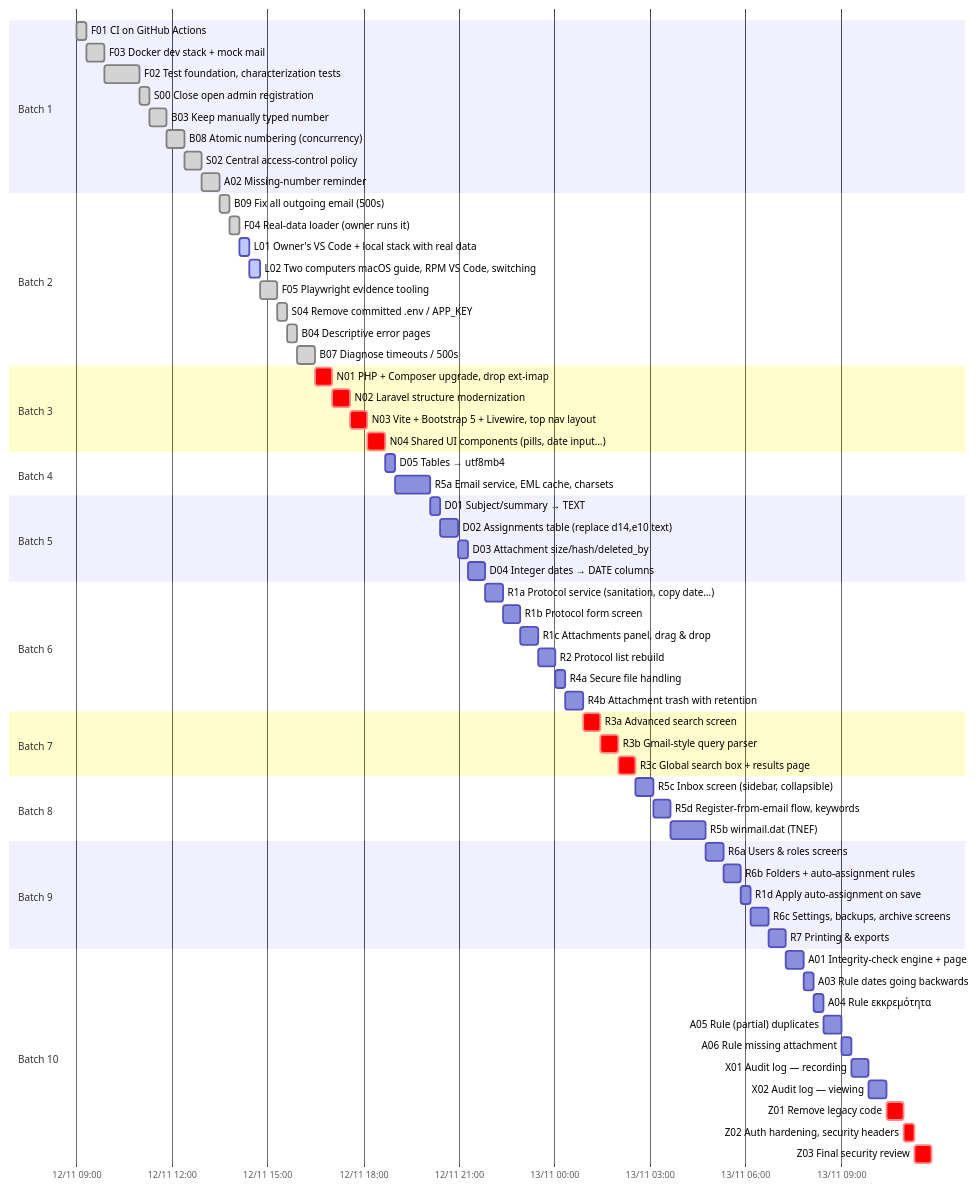
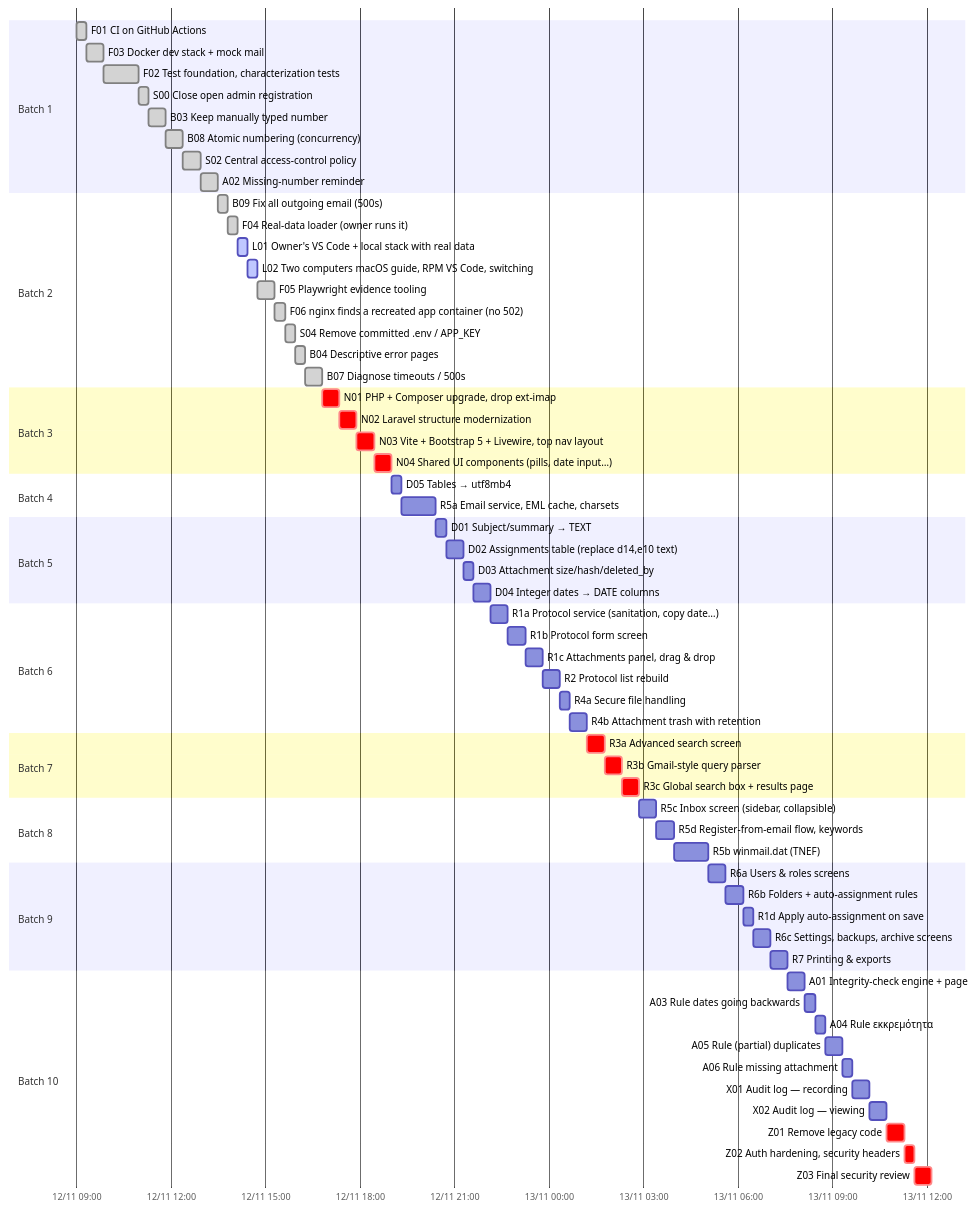
One commit to dipelaserasmus-del/electronic_protocol changed the second of 2 diagrams in docs/plan/PROGRESS.md. Above: the diagram before and after it, drawn with Mermaid. The commit also changed other lines of this file and 9 other files, not shown here.

First line of the commit message:
F06: nginx finds a recreated app container (no 502)

````diff
--- a/docs/plan/PROGRESS.md
+++ b/docs/plan/PROGRESS.md
@@ -198,69 +200,70 @@
 ```mermaid
 gantt
   dateFormat YYYY-MM-DD HH:mm
   axisFormat %d/%m %H:%M
   todayMarker off
   section Batch 1
   F01 CI on GitHub Actions :done, f01, 2026-11-12 09:00, 19m
   F03 Docker dev stack + mock mail :done, f03, 2026-11-12 09:19, 33m
   F02 Test foundation, characterization tests :done, f02, 2026-11-12 09:52, 66m
   S00 Close open admin registration :done, s00, 2026-11-12 10:58, 19m
   B03 Keep manually typed number :done, b03, 2026-11-12 11:17, 33m
   B08 Atomic numbering (concurrency) :done, b08, 2026-11-12 11:50, 33m
   S02 Central access-control policy :done, s02, 2026-11-12 12:23, 33m
   A02 Missing-number reminder :done, a02, 2026-11-12 12:56, 33m
   section Batch 2
   B09 Fix all outgoing email (500s) :done, b09, 2026-11-12 13:29, 19m
   F04 Real-data loader (owner runs it) :done, f04, 2026-11-12 13:48, 19m
   L01 Owner's VS Code + local stack with real data :active, l01, 2026-11-12 14:07, 19m
   L02 Two computers  macOS guide, RPM VS Code, switching :active, l02, 2026-11-12 14:26, 19m
   F05 Playwright evidence tooling :done, f05, 2026-11-12 14:45, 33m
-  S04 Remove committed .env / APP_KEY :done, s04, 2026-11-12 15:18, 19m
-  B04 Descriptive error pages :done, b04, 2026-11-12 15:37, 19m
-  B07 Diagnose timeouts / 500s :done, b07, 2026-11-12 15:56, 33m
+  F06 nginx finds a recreated app container (no 502) :done, f06, 2026-11-12 15:18, 19m
+  S04 Remove committed .env / APP_KEY :done, s04, 2026-11-12 15:37, 19m
+  B04 Descriptive error pages :done, b04, 2026-11-12 15:56, 19m
+  B07 Diagnose timeouts / 500s :done, b07, 2026-11-12 16:15, 33m
   section Batch 3
-  N01 PHP + Composer upgrade, drop ext-imap :crit, n01, 2026-11-12 16:29, 33m
-  N02 Laravel structure modernization :crit, n02, 2026-11-12 17:02, 33m
-  N03 Vite + Bootstrap 5 + Livewire, top nav layout :crit, n03, 2026-11-12 17:35, 33m
-  N04 Shared UI components (pills, date input…) :crit, n04, 2026-11-12 18:08, 33m
+  N01 PHP + Composer upgrade, drop ext-imap :crit, n01, 2026-11-12 16:48, 33m
+  N02 Laravel structure modernization :crit, n02, 2026-11-12 17:21, 33m
+  N03 Vite + Bootstrap 5 + Livewire, top nav layout :crit, n03, 2026-11-12 17:54, 33m
+  N04 Shared UI components (pills, date input…) :crit, n04, 2026-11-12 18:27, 33m
   section Batch 4
-  D05 Tables → utf8mb4 :d05, 2026-11-12 18:41, 19m
-  R5a Email service, EML cache, charsets :r5a, 2026-11-12 19:00, 66m
+  D05 Tables → utf8mb4 :d05, 2026-11-12 19:00, 19m
+  R5a Email service, EML cache, charsets :r5a, 2026-11-12 19:19, 66m
   section Batch 5
-  D01 Subject/summary → TEXT :d01, 2026-11-12 20:06, 19m
-  D02 Assignments table (replace d14,e10 text) :d02, 2026-11-12 20:25, 33m
-  D03 Attachment size/hash/deleted_by :d03, 2026-11-12 20:58, 19m
-  D04 Integer dates → DATE columns :d04, 2026-11-12 21:17, 33m
+  D01 Subject/summary → TEXT :d01, 2026-11-12 20:25, 19m
+  D02 Assignments table (replace d14,e10 text) :d02, 2026-11-12 20:44, 33m
+  D03 Attachment size/hash/deleted_by :d03, 2026-11-12 21:17, 19m
+  D04 Integer dates → DATE columns :d04, 2026-11-12 21:36, 33m
   section Batch 6
-  R1a Protocol service (sanitation, copy date…) :r1a, 2026-11-12 21:50, 33m
-  R1b Protocol form screen :r1b, 2026-11-12 22:23, 33m
-  R1c Attachments panel, drag & drop :r1c, 2026-11-12 22:56, 33m
-  R2 Protocol list rebuild :r2, 2026-11-12 23:29, 33m
-  R4a Secure file handling :r4a, 2026-11-13 00:02, 19m
-  R4b Attachment trash with retention :r4b, 2026-11-13 00:21, 33m
+  R1a Protocol service (sanitation, copy date…) :r1a, 2026-11-12 22:09, 33m
+  R1b Protocol form screen :r1b, 2026-11-12 22:42, 33m
+  R1c Attachments panel, drag & drop :r1c, 2026-11-12 23:15, 33m
+  R2 Protocol list rebuild :r2, 2026-11-12 23:48, 33m
+  R4a Secure file handling :r4a, 2026-11-13 00:21, 19m
+  R4b Attachment trash with retention :r4b, 2026-11-13 00:40, 33m
   section Batch 7
-  R3a Advanced search screen :crit, r3a, 2026-11-13 00:54, 33m
-  R3b Gmail-style query parser :crit, r3b, 2026-11-13 01:27, 33m
-  R3c Global search box + results page :crit, r3c, 2026-11-13 02:00, 33m
+  R3a Advanced search screen :crit, r3a, 2026-11-13 01:13, 33m
+  R3b Gmail-style query parser :crit, r3b, 2026-11-13 01:46, 33m
+  R3c Global search box + results page :crit, r3c, 2026-11-13 02:19, 33m
   section Batch 8
-  R5c Inbox screen (sidebar, collapsible) :r5c, 2026-11-13 02:33, 33m
-  R5d Register-from-email flow, keywords :r5d, 2026-11-13 03:06, 33m
-  R5b winmail.dat (TNEF) :r5b, 2026-11-13 03:39, 66m
+  R5c Inbox screen (sidebar, collapsible) :r5c, 2026-11-13 02:52, 33m
+  R5d Register-from-email flow, keywords :r5d, 2026-11-13 03:25, 33m
+  R5b winmail.dat (TNEF) :r5b, 2026-11-13 03:58, 66m
   section Batch 9
-  R6a Users & roles screens :r6a, 2026-11-13 04:45, 33m
-  R6b Folders + auto-assignment rules :r6b, 2026-11-13 05:18, 33m
-  R1d Apply auto-assignment on save :r1d, 2026-11-13 05:51, 19m
-  R6c Settings, backups, archive screens :r6c, 2026-11-13 06:10, 33m
-  R7 Printing & exports :r7, 2026-11-13 06:43, 33m
+  R6a Users & roles screens :r6a, 2026-11-13 05:04, 33m
+  R6b Folders + auto-assignment rules :r6b, 2026-11-13 05:37, 33m
+  R1d Apply auto-assignment on save :r1d, 2026-11-13 06:10, 19m
+  R6c Settings, backups, archive screens :r6c, 2026-11-13 06:29, 33m
+  R7 Printing & exports :r7, 2026-11-13 07:02, 33m
   section Batch 10
-  A01 Integrity-check engine + page :a01, 2026-11-13 07:16, 33m
-  A03 Rule  dates going backwards :a03, 2026-11-13 07:49, 19m
-  A04 Rule  εκκρεμότητα :a04, 2026-11-13 08:08, 19m
-  A05 Rule  (partial) duplicates :a05, 2026-11-13 08:27, 33m
-  A06 Rule  missing attachment :a06, 2026-11-13 09:00, 19m
-  X01 Audit log — recording :x01, 2026-11-13 09:19, 33m
-  X02 Audit log — viewing :x02, 2026-11-13 09:52, 33m
-  Z01 Remove legacy code :crit, z01, 2026-11-13 10:25, 33m
-  Z02 Auth hardening, security headers :crit, z02, 2026-11-13 10:58, 19m
-  Z03 Final security review :crit, z03, 2026-11-13 11:17, 33m
+  A01 Integrity-check engine + page :a01, 2026-11-13 07:35, 33m
+  A03 Rule  dates going backwards :a03, 2026-11-13 08:08, 19m
+  A04 Rule  εκκρεμότητα :a04, 2026-11-13 08:27, 19m
+  A05 Rule  (partial) duplicates :a05, 2026-11-13 08:46, 33m
+  A06 Rule  missing attachment :a06, 2026-11-13 09:19, 19m
+  X01 Audit log — recording :x01, 2026-11-13 09:38, 33m
+  X02 Audit log — viewing :x02, 2026-11-13 10:11, 33m
+  Z01 Remove legacy code :crit, z01, 2026-11-13 10:44, 33m
+  Z02 Auth hardening, security headers :crit, z02, 2026-11-13 11:17, 19m
+  Z03 Final security review :crit, z03, 2026-11-13 11:36, 33m
 ```
````
